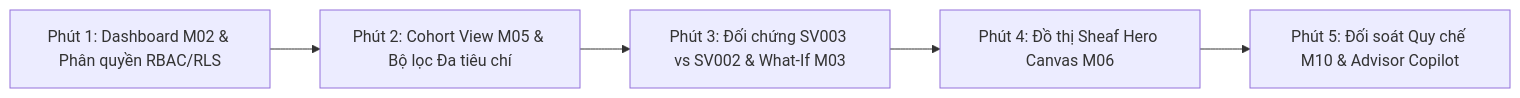
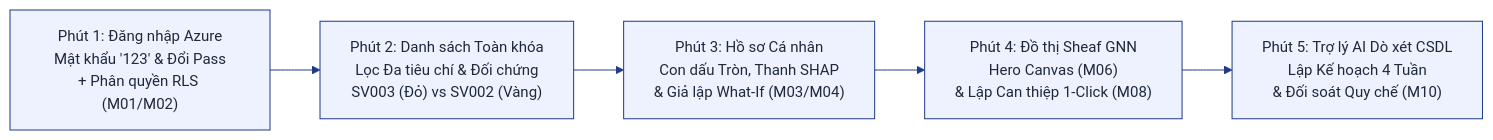
Before and after one commit to danielhuynh-04/edualert-hexagonal-gnn: the sixth of 6 diagrams in docs/KICH_BAN_THUYET_TRINH.md, drawn with Mermaid. The commit also changed other lines of this file, not shown here.

Commit message:
docs: add comprehensive PPT slide design & presentation master guide with Mermaid export instructions and live Azure production demo

````diff
--- a/docs/KICH_BAN_THUYET_TRINH.md
+++ b/docs/KICH_BAN_THUYET_TRINH.md
@@ -166,7 +293,8 @@
 ```mermaid
+%%{init: {'theme': 'base', 'themeVariables': { 'primaryColor': '#EEF2FF', 'primaryTextColor': '#1E293B', 'primaryBorderColor': '#1E3A8A', 'lineColor': '#1E3A8A', 'fontSize': '15px'}}}%%
 flowchart LR
-    Step1["Phút 1: Dashboard M02 & Phân quyền RBAC/RLS"] --> Step2["Phút 2: Cohort View M05 & Bộ lọc Đa tiêu chí"]
-    Step2 --> Step3["Phút 3: Đối chứng SV003 vs SV002 & What-If M03"]
-    Step3 --> Step4["Phút 4: Đồ thị Sheaf Hero Canvas M06"]
-    Step4 --> Step5["Phút 5: Đối soát Quy chế M10 & Advisor Copilot"]
+    Step1["Phút 1: Đăng nhập Azure\nMật khẩu '123' & Đổi Pass\n+ Phân quyền RLS (M01/M02)"] --> Step2["Phút 2: Danh sách Toàn khóa\nLọc Đa tiêu chí & Đối chứng\nSV003 (Đỏ) vs SV002 (Vàng)"]
+    Step2 --> Step3["Phút 3: Hồ sơ Cá nhân\nCon dấu Tròn, Thanh SHAP\n& Giả lập What-If (M03/M04)"]
+    Step3 --> Step4["Phút 4: Đồ thị Sheaf GNN\nHero Canvas (M06)\n& Lập Can thiệp 1-Click (M08)"]
+    Step4 --> Step5["Phút 5: Trợ lý AI Dò xét CSDL\nLập Kế hoạch 4 Tuần\n& Đối soát Quy chế (M10)"]
 ```
````
